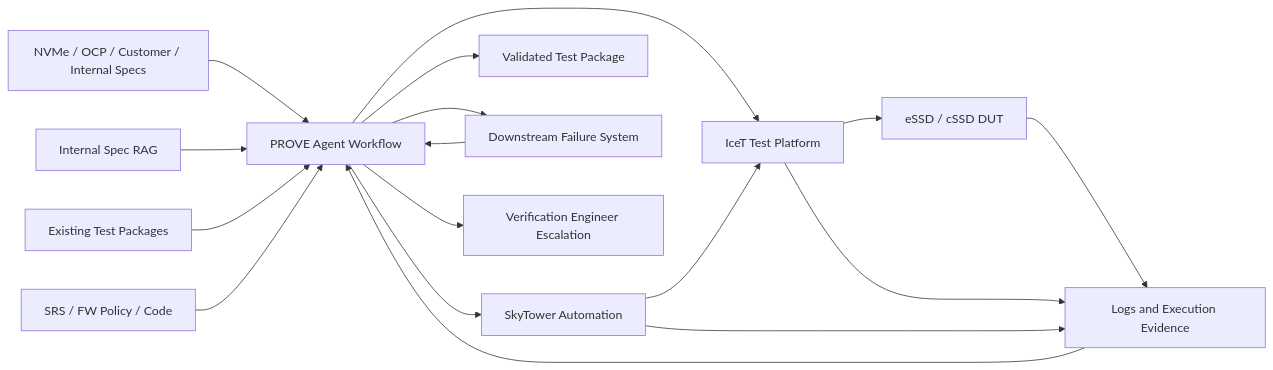
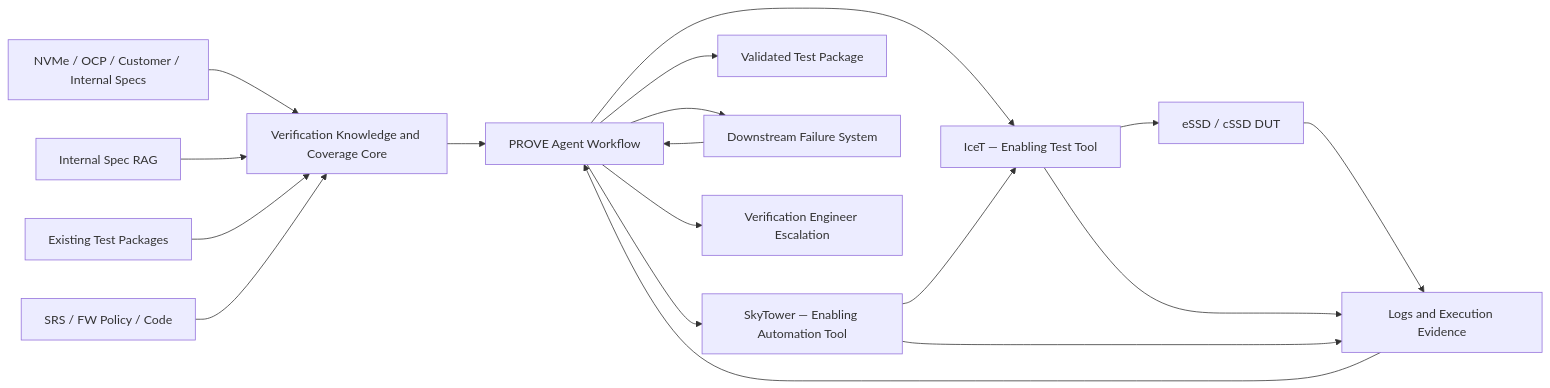
Before and after one commit to huhuFactory/prove: the diagram in docs/architecture/system-context.md, drawn with Mermaid. The commit also changed other lines of this file and 18 other files, not shown here.

Commit message:
Establish coverage-centered PROVE core

````diff
--- a/docs/architecture/system-context.md
+++ b/docs/architecture/system-context.md
@@ -18,22 +23,23 @@
 ```mermaid
 flowchart LR
-    Specs["NVMe / OCP / Customer / Internal Specs"] --> PROVE["PROVE Agent Workflow"]
-    RAG["Internal Spec RAG"] --> PROVE
-    Packages["Existing Test Packages"] --> PROVE
-    FW["SRS / FW Policy / Code"] --> PROVE
+    Specs["NVMe / OCP / Customer / Internal Specs"] --> Core["Verification Knowledge and Coverage Core"]
+    RAG["Internal Spec RAG"] --> Core
+    Packages["Existing Test Packages"] --> Core
+    FW["SRS / FW Policy / Code"] --> Core
 
-    PROVE --> IceT["IceT Test Platform"]
-    PROVE --> SkyTower["SkyTower Automation"]
+    Core --> PROVE["PROVE Agent Workflow"]
+    PROVE --> IceT["IceT — Enabling Test Tool"]
+    PROVE --> SkyTower["SkyTower — Enabling Automation Tool"]
     IceT --> DUT["eSSD / cSSD DUT"]
     SkyTower --> IceT
 
     DUT --> Evidence["Logs and Execution Evidence"]
     IceT --> Evidence
     SkyTower --> Evidence
     Evidence --> PROVE
 
     PROVE --> Package["Validated Test Package"]
     PROVE --> Downstream["Downstream Failure System"]
     Downstream --> PROVE
     PROVE --> Human["Verification Engineer Escalation"]
 ```
````
